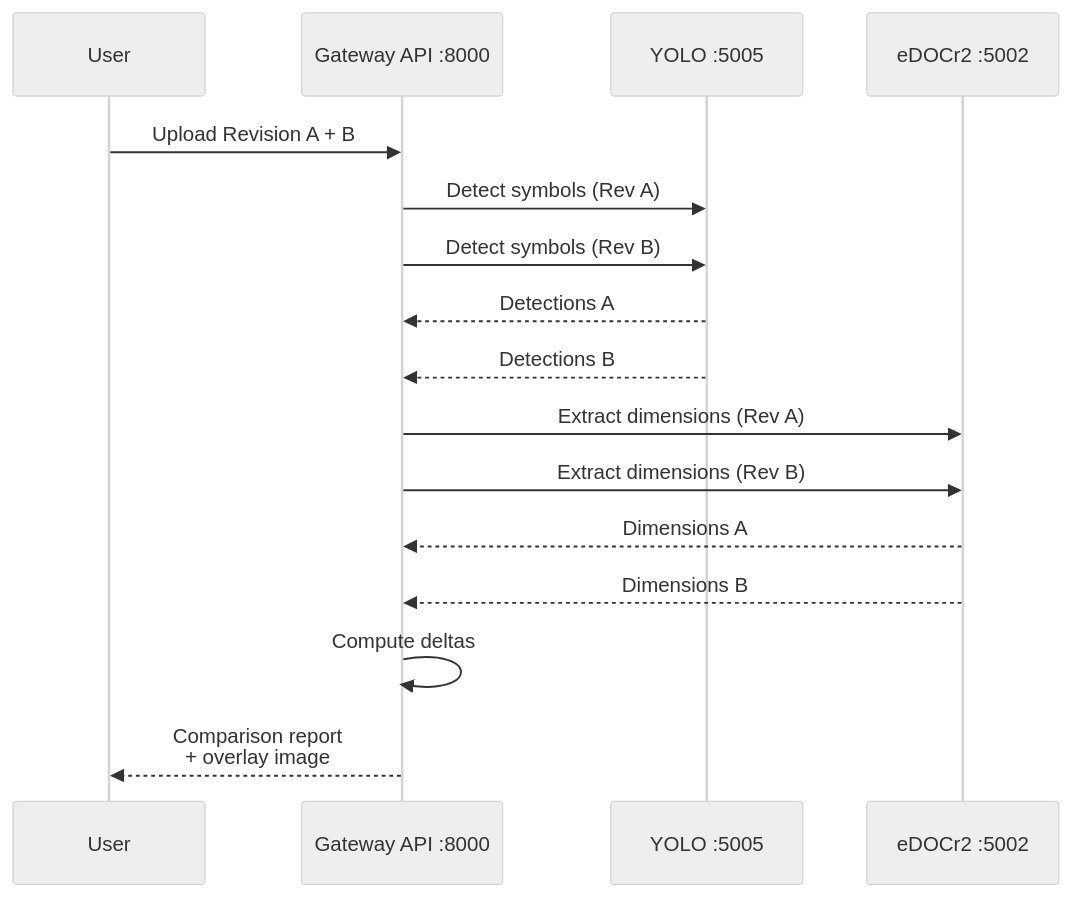
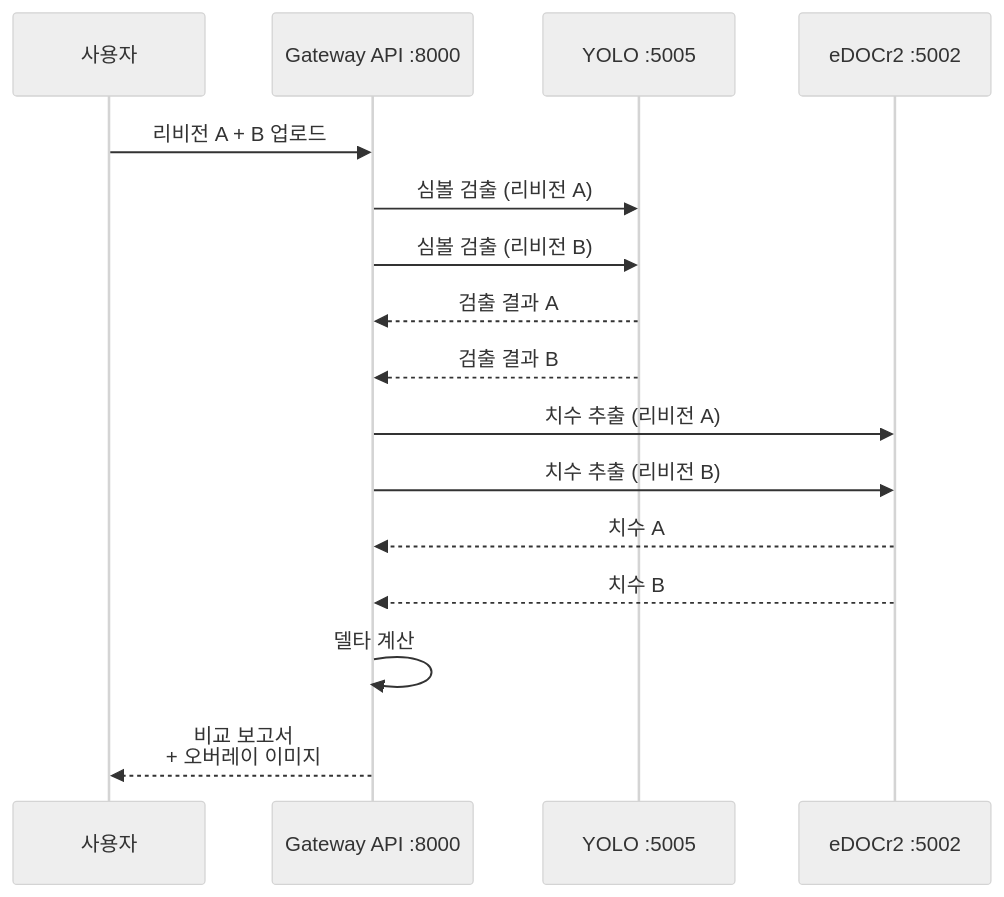
Before and after one commit to uprootai/AX_OCR: the first of 2 diagrams in docs-site/docs/analysis-pipeline/revision-comparison.md, drawn with Mermaid (neutral theme). The commit also changed other lines of this file and 64 other files, not shown here.

````diff
--- a/docs-site/docs/analysis-pipeline/revision-comparison.md
+++ b/docs-site/docs/analysis-pipeline/revision-comparison.md
@@ -23,19 +23,19 @@
 ```mermaid
 sequenceDiagram
-    participant User
+    participant User as 사용자
     participant Gateway as Gateway API :8000
     participant YOLO as YOLO :5005
     participant OCR as eDOCr2 :5002
 
-    User->>Gateway: Upload Revision A + B
-    Gateway->>YOLO: Detect symbols (Rev A)
-    Gateway->>YOLO: Detect symbols (Rev B)
-    YOLO-->>Gateway: Detections A
-    YOLO-->>Gateway: Detections B
-    Gateway->>OCR: Extract dimensions (Rev A)
-    Gateway->>OCR: Extract dimensions (Rev B)
-    OCR-->>Gateway: Dimensions A
-    OCR-->>Gateway: Dimensions B
-    Gateway->>Gateway: Compute deltas
-    Gateway-->>User: Comparison report<br/>+ overlay image
+    User->>Gateway: 리비전 A + B 업로드
+    Gateway->>YOLO: 심볼 검출 (리비전 A)
+    Gateway->>YOLO: 심볼 검출 (리비전 B)
+    YOLO-->>Gateway: 검출 결과 A
+    YOLO-->>Gateway: 검출 결과 B
+    Gateway->>OCR: 치수 추출 (리비전 A)
+    Gateway->>OCR: 치수 추출 (리비전 B)
+    OCR-->>Gateway: 치수 A
+    OCR-->>Gateway: 치수 B
+    Gateway->>Gateway: 델타 계산
+    Gateway-->>User: 비교 보고서<br/>+ 오버레이 이미지
 ```
````
